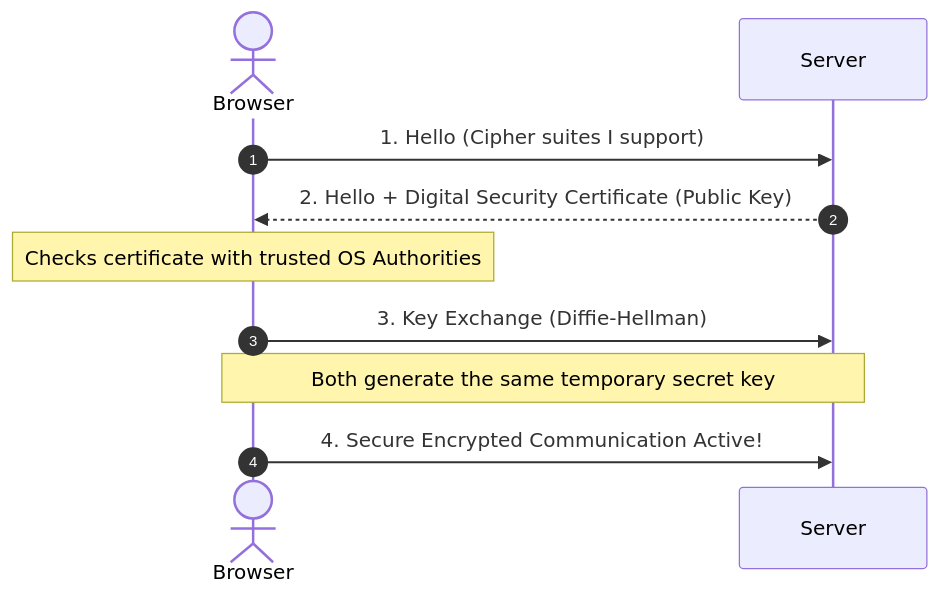
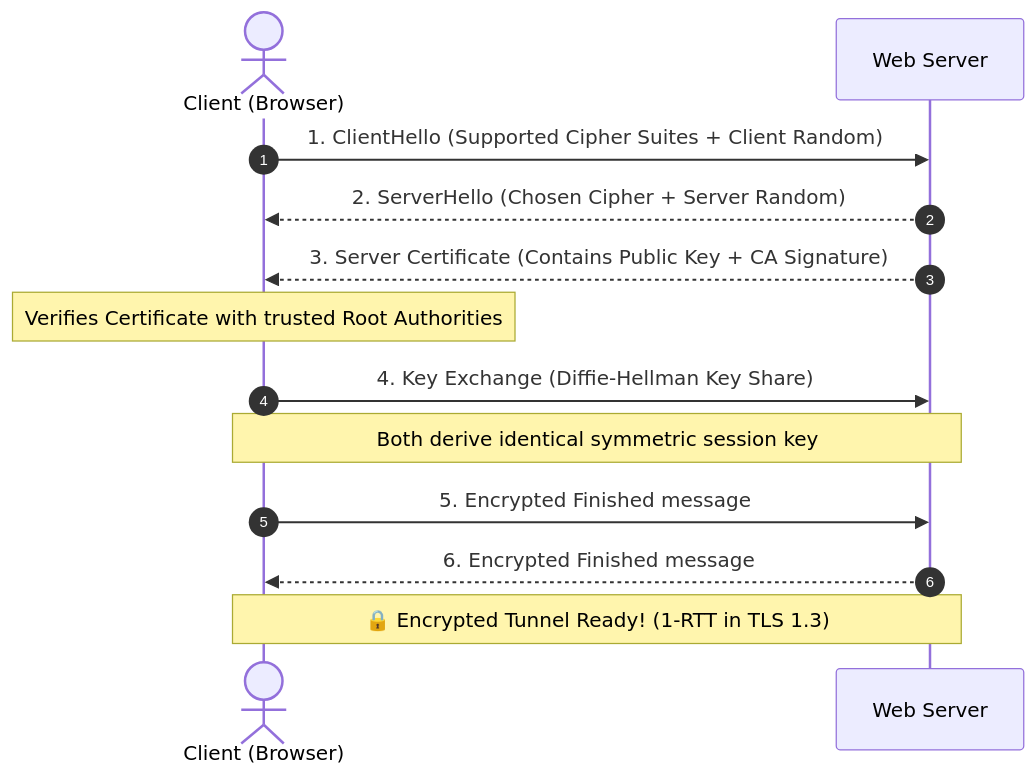
One commit to Sujalkathait/high-level-design changed diagram 11 of 22 in README.md. Above: the diagram before and after it, drawn with Mermaid. The commit also changed other lines of this file, not shown here.

Commit message:
docs: complete Stage 1 (Phase 1 & Phase 2) with 31 topics, diagrams & simple English

````diff
--- a/README.md
+++ b/README.md
@@ -193,13 +370,16 @@
 ```mermaid
 sequenceDiagram
     autonumber
-    actor Browser
-    participant Server
+    actor Client as Client (Browser)
+    participant Server as Web Server
 
-    Browser->>Server: 1. Hello (Cipher suites I support)
-    Server-->>Browser: 2. Hello + Digital Security Certificate (Public Key)
-    Note over Browser: Checks certificate with trusted OS Authorities
-    Browser->>Server: 3. Key Exchange (Diffie-Hellman)
-    Note over Browser,Server: Both generate the same temporary secret key
-    Browser->>Server: 4. Secure Encrypted Communication Active!
+    Client->>Server: 1. ClientHello (Supported Cipher Suites + Client Random)
+    Server-->>Client: 2. ServerHello (Chosen Cipher + Server Random)
+    Server-->>Client: 3. Server Certificate (Contains Public Key + CA Signature)
+    Note over Client: Verifies Certificate with trusted Root Authorities
+    Client->>Server: 4. Key Exchange (Diffie-Hellman Key Share)
+    Note over Client,Server: Both derive identical symmetric session key
+    Client->>Server: 5. Encrypted Finished message
+    Server-->>Client: 6. Encrypted Finished message
+    Note over Client,Server: 🔒 Encrypted Tunnel Ready! (1-RTT in TLS 1.3)
 ```
````
